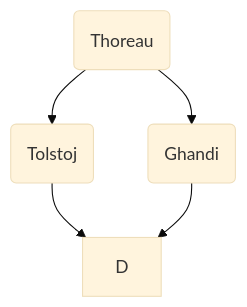
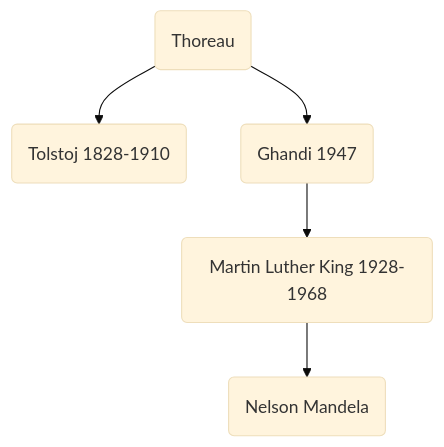
One commit to MatMasIt/notesArchive changed the diagram in latest/Storia/2021/novembre/lunedì_8/12_08_00/appunti.md. Above: the diagram before and after it, drawn with Mermaid (base theme). The commit also changed other lines of this file, not shown here.

Commit message:
latest/Storia/2021/novembre/lunedì_8/12_08_00/appunti.md updated from https://stackedit.io/

````diff
--- a/latest/Storia/2021/novembre/lunedì_8/12_08_00/appunti.md
+++ b/latest/Storia/2021/novembre/lunedì_8/12_08_00/appunti.md
@@ -27,7 +27,7 @@
 ```mermaid
 graph TD;
-    A(Thoreau)-->B(Tolstoj);
-    A-->C(Ghandi);
-    B-->D;
-    C-->D;
+    A(Thoreau)-->B(Tolstoj 1828-1910);
+    A-->C(Ghandi 1947);
+    C-->D(Martin Luther King 1928-1968);
+    D-->E(Nelson Mandela);
 ```
````
